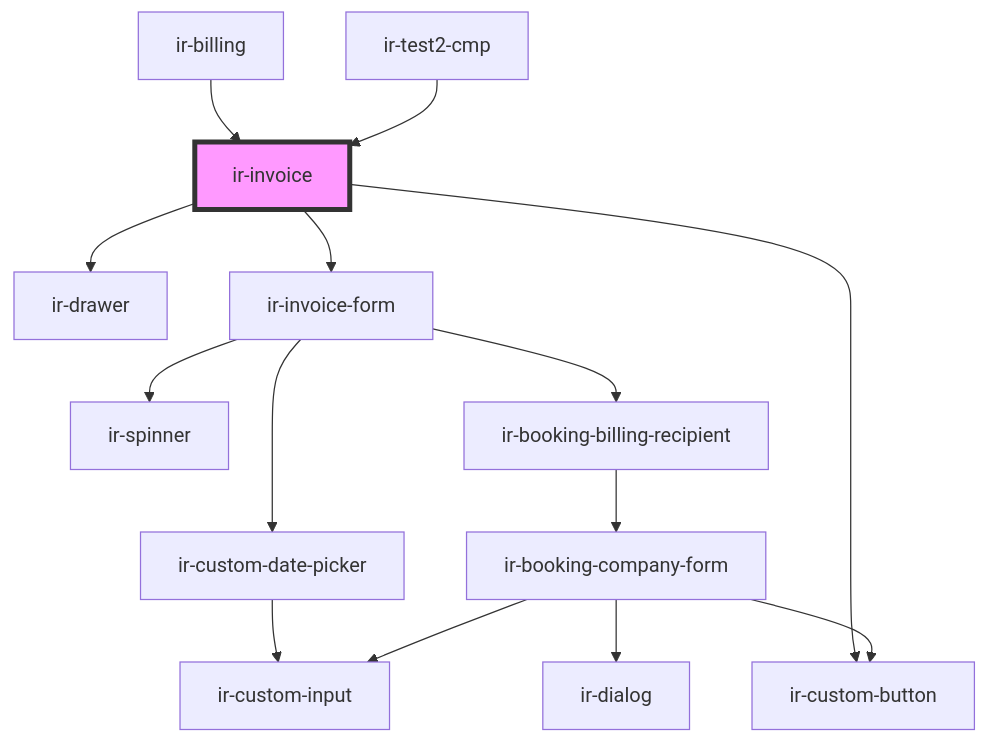
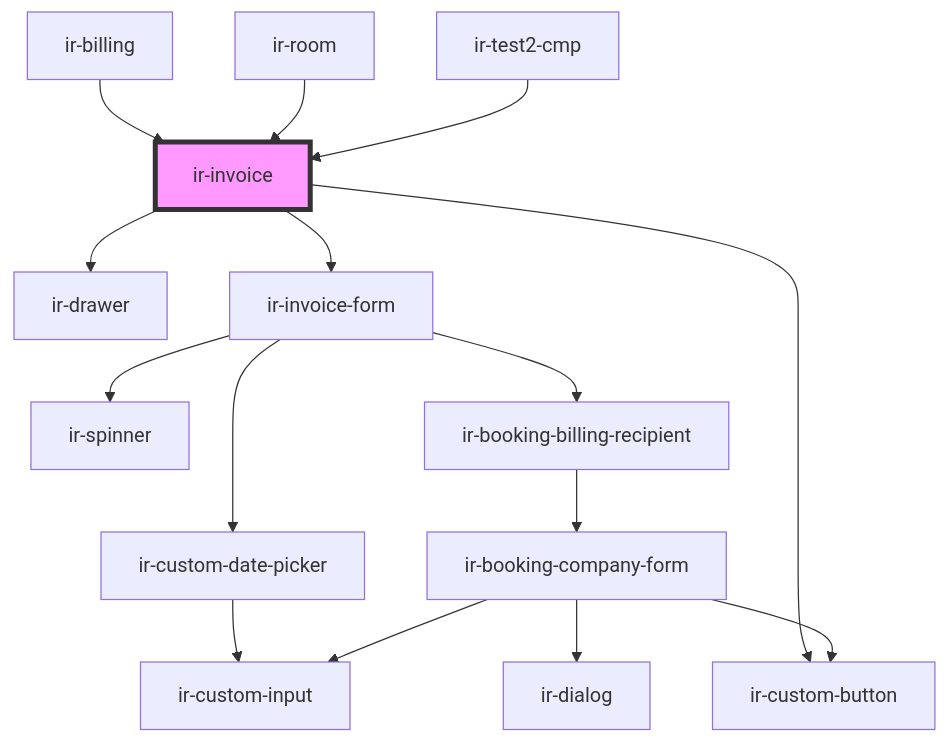
One commit to David1Chowaifaty/modified-ir-webcmp changed the diagram in src/components/ir-invoice/readme.md. Above: the diagram before and after it, drawn with Mermaid. The commit also changed other lines of this file and 20 other files, not shown here.

````diff
--- a/src/components/ir-invoice/readme.md
+++ b/src/components/ir-invoice/readme.md
@@ -77,17 +77,18 @@
 ```mermaid
 graph TD;
   ir-invoice --> ir-drawer
   ir-invoice --> ir-invoice-form
   ir-invoice --> ir-custom-button
   ir-invoice-form --> ir-spinner
   ir-invoice-form --> ir-custom-date-picker
   ir-invoice-form --> ir-booking-billing-recipient
   ir-custom-date-picker --> ir-custom-input
   ir-booking-billing-recipient --> ir-booking-company-form
   ir-booking-company-form --> ir-dialog
   ir-booking-company-form --> ir-custom-input
   ir-booking-company-form --> ir-custom-button
   ir-billing --> ir-invoice
+  ir-room --> ir-invoice
   ir-test2-cmp --> ir-invoice
   style ir-invoice fill:#f9f,stroke:#333,stroke-width:4px
 ```
````
